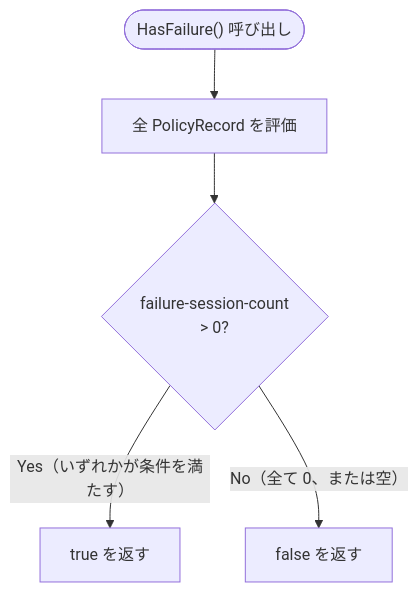
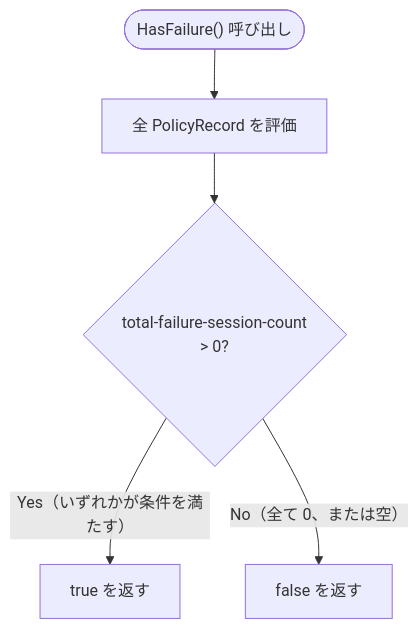
The seventh of 7 diagrams in docs/tasks/0020_tlsrpt/02_architecture.md (isseis/tlsrpt-digest), drawn with Mermaid before and after one commit. The commit also changed other lines of this file, not shown here.

First line of the commit message:
docs(task 0020): address copilot review comments on architecture document

````diff
--- a/docs/tasks/0020_tlsrpt/02_architecture.md
+++ b/docs/tasks/0020_tlsrpt/02_architecture.md
@@ -308,13 +310,13 @@
 ```mermaid
 flowchart TD
     Start(["HasFailure() 呼び出し"])
     Loop["全 PolicyRecord を評価"]
-    Check{"failure-session-count<br>> 0?"}
+    Check{"total-failure-session-count<br>> 0?"}
     ReturnTrue["true を返す"]
     ReturnFalse["false を返す"]
 
     Start --> Loop
     Loop --> Check
     Check -->|"Yes（いずれかが条件を満たす）"| ReturnTrue
     Check -->|"No（全て 0、または空）"| ReturnFalse
 ```
````
